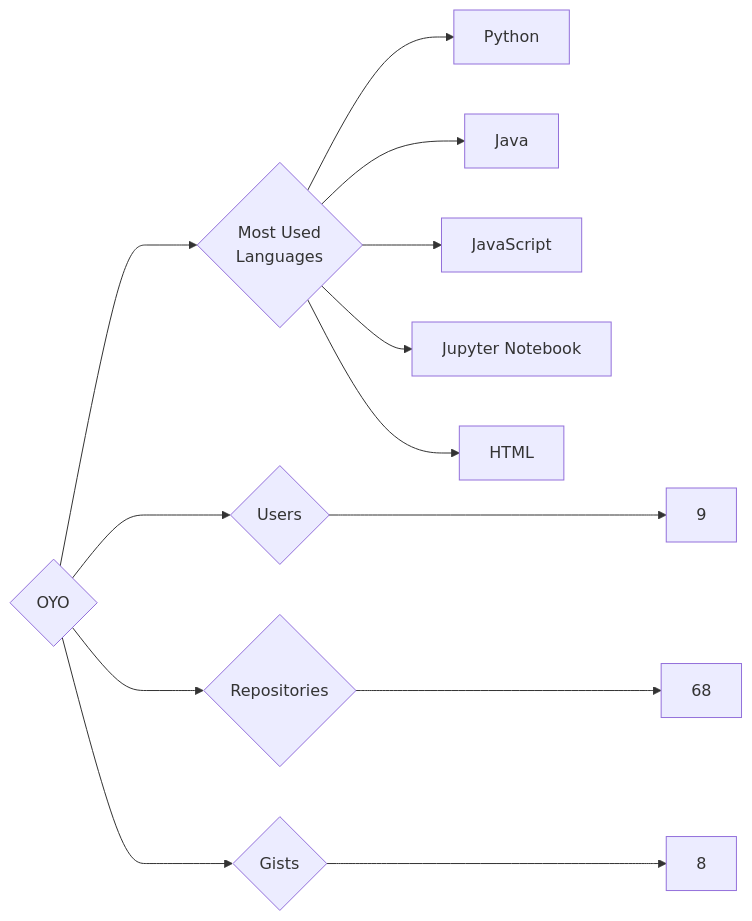
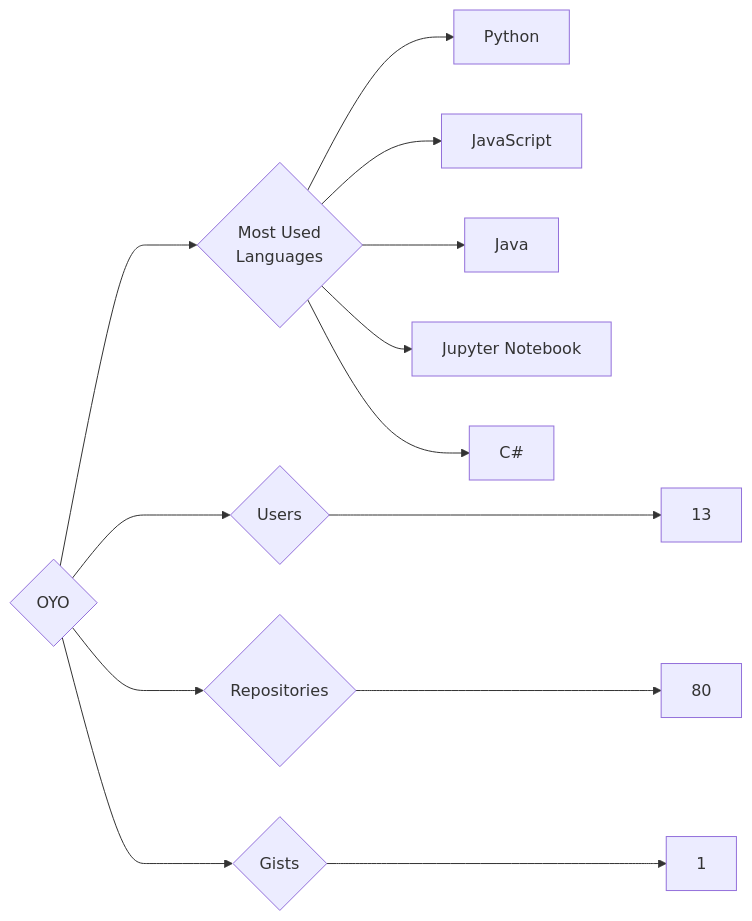
Before and after one commit to trickest/insiders: the diagram in targets/OYO/README.md, drawn with Mermaid. The commit also changed 1479 other files, not shown here.

````diff
--- a/targets/OYO/README.md
+++ b/targets/OYO/README.md
@@ -3,13 +3,13 @@
 ```mermaid
 graph LR
 COMPANY_NAME{OYO}
-COMPANY_NAME ---> U{Users} ---> UN[9]
-COMPANY_NAME ---> R{Repositories} ---> RN[68]
-COMPANY_NAME ---> G{Gists} ---> GN[8]
+COMPANY_NAME ---> U{Users} ---> UN[13]
+COMPANY_NAME ---> R{Repositories} ---> RN[80]
+COMPANY_NAME ---> G{Gists} ---> GN[1]
 COMPANY_NAME ---> ML{Most Used<br>Languages}
 ML --> Python[Python]
+ML --> JavaScript[JavaScript]
 ML --> Java[Java]
-ML --> JavaScript[JavaScript]
 ML --> Jupyter_Notebook[Jupyter Notebook]
-ML --> HTML[HTML]
+ML --> C#[C#]
 ```
````
